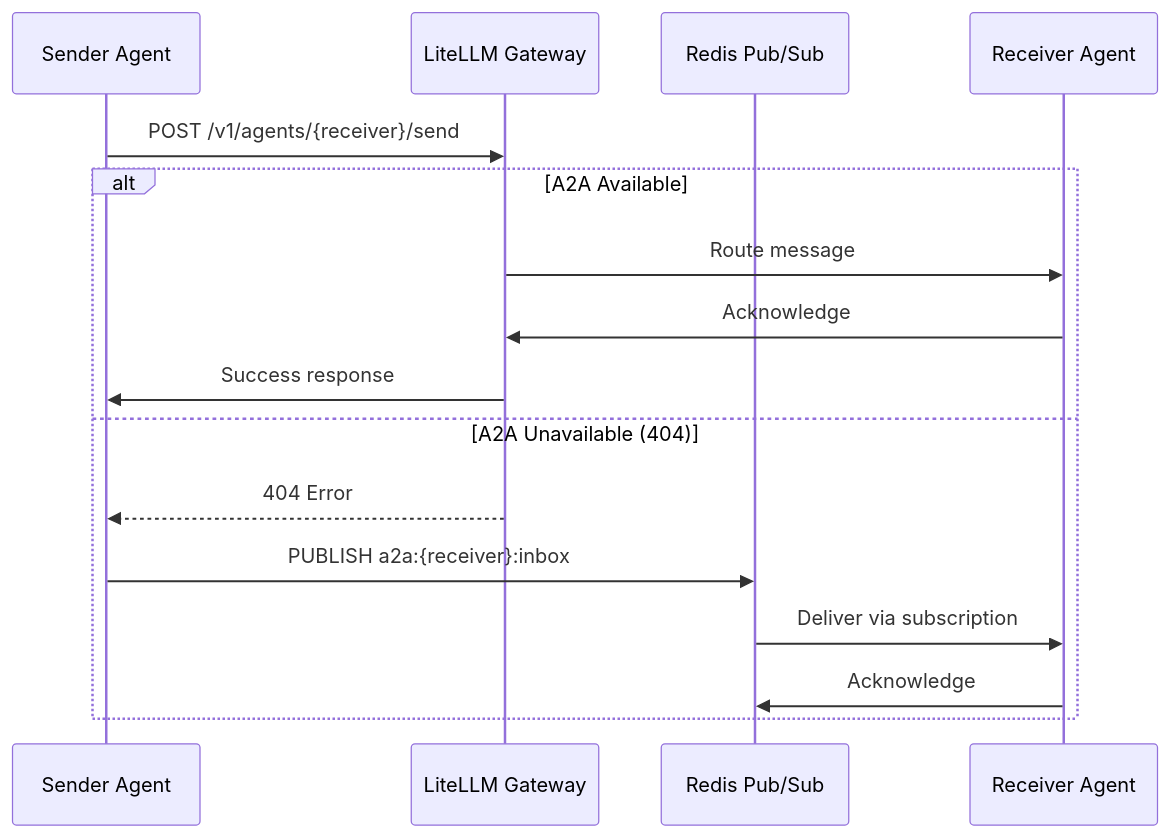
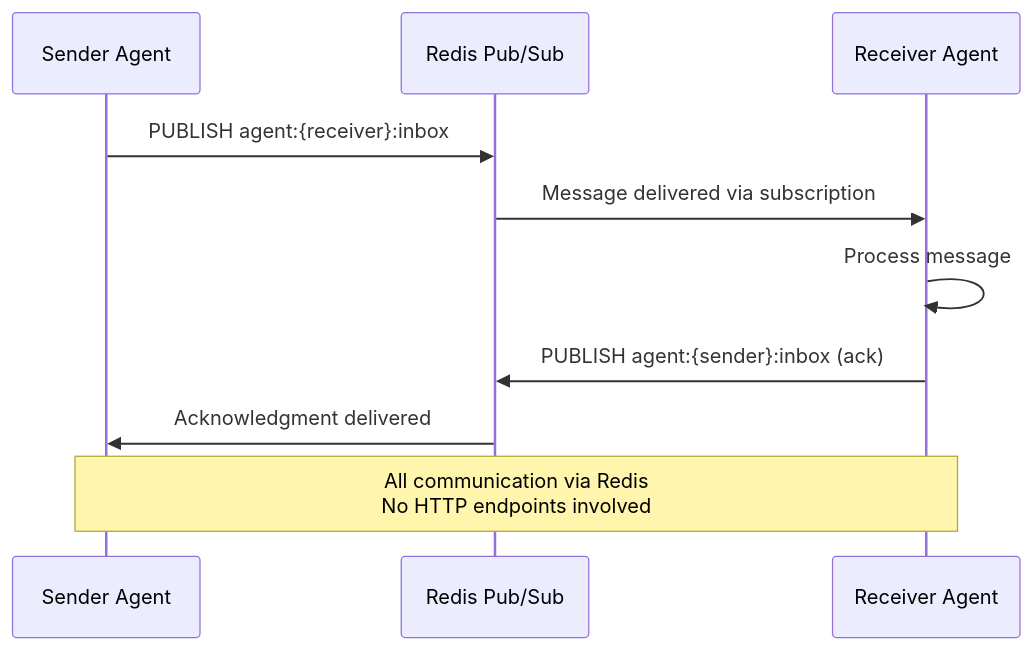
One commit to Heretek-AI/heretek-openclaw changed the sixth of 13 diagrams in docs/WIRING_GRAPH.md. Above: the diagram before and after it, drawn with Mermaid. The commit also changed other lines of this file and 2 other files, not shown here.

````diff
--- a/docs/WIRING_GRAPH.md
+++ b/docs/WIRING_GRAPH.md
@@ -223,19 +224,14 @@
 ```mermaid
 sequenceDiagram
     participant SENDER as Sender Agent
-    participant LITELLM as LiteLLM Gateway
     participant REDIS as Redis Pub/Sub
     participant RECEIVER as Receiver Agent
     
-    SENDER->>LITELLM: POST /v1/agents/{receiver}/send
-    alt A2A Available
-        LITELLM->>RECEIVER: Route message
-        RECEIVER->>LITELLM: Acknowledge
-        LITELLM->>SENDER: Success response
-    else A2A Unavailable (404)
-        LITELLM-->>SENDER: 404 Error
-        SENDER->>REDIS: PUBLISH a2a:{receiver}:inbox
-        REDIS->>RECEIVER: Deliver via subscription
-        RECEIVER->>REDIS: Acknowledge
-    end
+    SENDER->>REDIS: PUBLISH agent:{receiver}:inbox
+    REDIS->>RECEIVER: Message delivered via subscription
+    RECEIVER->>RECEIVER: Process message
+    RECEIVER->>REDIS: PUBLISH agent:{sender}:inbox (ack)
+    REDIS->>SENDER: Acknowledgment delivered
+    
+    Note over SENDER,RECEIVER: All communication via Redis<br/>No HTTP endpoints involved
 ```
````
